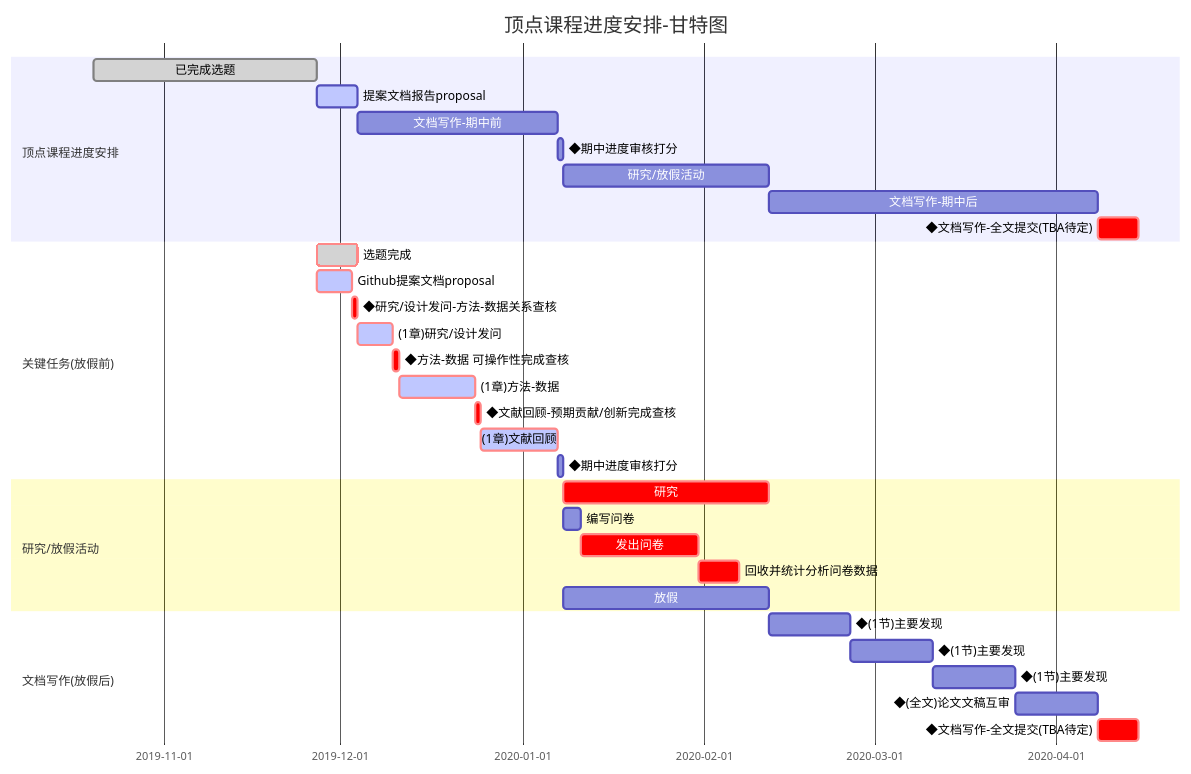
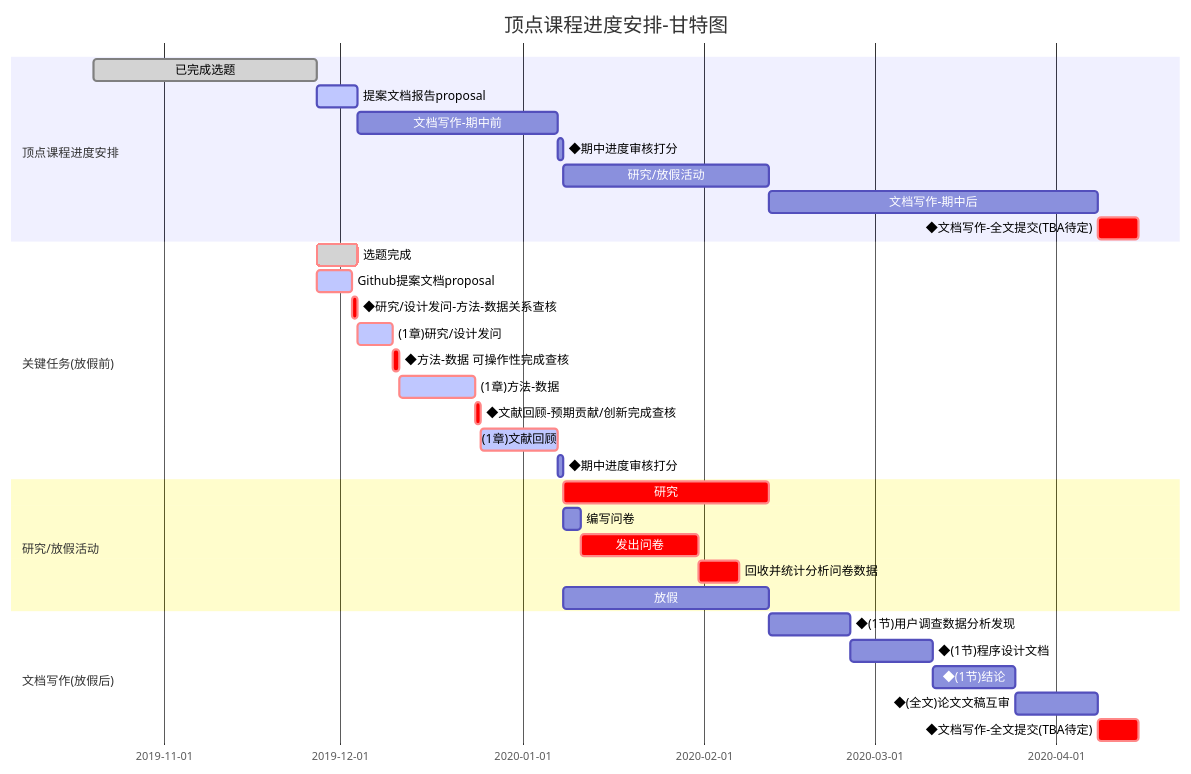
One commit to lanqiang1109/CapstoneProject changed the diagram in _posts/2019-11-29-proposal.md. Above: the diagram before and after it, drawn with Mermaid. The commit also changed other lines of this file, not shown here.

```diff
--- a/_posts/2019-11-29-proposal.md
+++ b/_posts/2019-11-29-proposal.md
@@ -126,41 +142,41 @@
 <div class="mermaid" style="background-color:lightgreen;"> 
 gantt
        dateFormat  YYYY-MM-DD
        title 顶点课程进度安排-甘特图
        section 顶点课程进度安排
        已完成选题                :done,    des1, 2019-10-20,2019-11-27
        提案文档报告proposal      :active,  des2, 2019-11-27, 7d
        文档写作-期中前                  :         des3, after des2, 34d
        ◆期中进度审核打分         :         des4, after des3, 1d
        研究/放假活动             :         des5, after des4, 35d
        文档写作-期中后         :         des6, after des5, 56d
        ◆文档写作-全文提交(TBA待定):crit, des7, after des6, 7d
 
        section 关键任务(放假前)
        选题完成                  :crit, done, after des1, 7d
        Github提案文档proposal    :crit, active, 2019-11-27,6d
        ◆研究/设计发问-方法-数据关系查核  :crit, 1d
        (1章)研究/设计发问       :crit, active, 2019-12-04,6d
        ◆方法-数据 可操作性完成查核       :crit, 1d
        (1章)方法-数据           :crit, active, 2019-12-11,13d
        ◆文献回顾-预期贡献/创新完成查核     :crit, 1d
        (1章)文献回顾           :crit, active, 2019-12-25,13d
        ◆期中进度审核打分                   :1d
 
        section 研究/放假活动
        研究                     :crit, after des4, 35d
        编写问卷                 : des8,after des4, 3d
        发出问卷                 : crit,after des8 ,20d
        回收并统计分析问卷数据    : crit,7d
        
        放假                     :      vac1, after des4, 35d
 
        section 文档写作(放假后)
-       ◆(1节)主要发现              : finding1, after des5, 14d
-       ◆(1节)主要发现              : finding2, after finding1, 14d
-       ◆(1节)主要发现              : finding3, after finding2, 14d
+       ◆(1节)用户调查数据分析发现         : finding1, after des5, 14d
+       ◆(1节)程序设计文档              : finding2, after finding1, 14d
+       ◆(1节)结论              : finding3, after finding2, 14d
        ◆(全文)论文文稿互审             : peerreview, after finding3, 14d
        ◆文档写作-全文提交(TBA待定):crit, des7, after peerreview, 7d
 
 
 </div>
```
